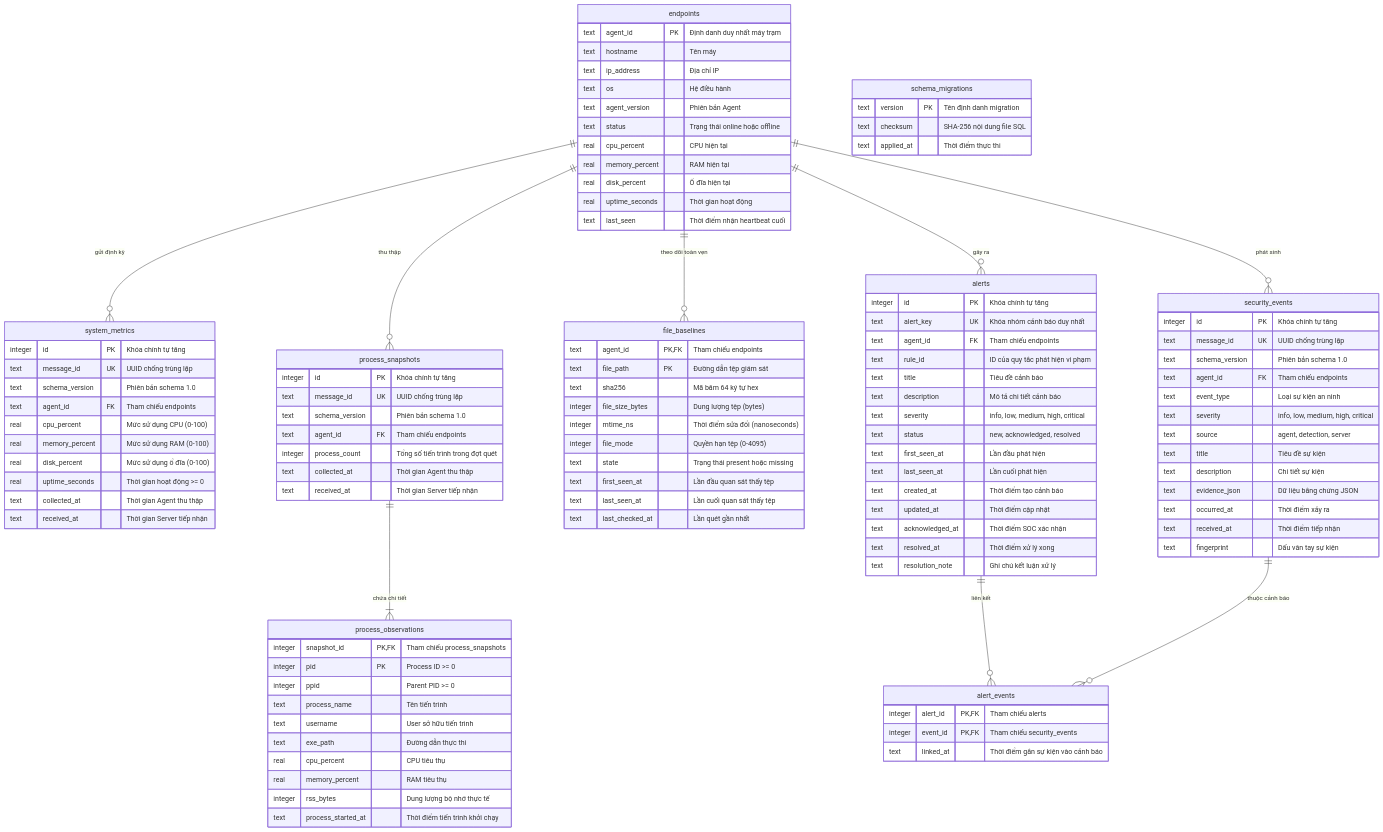
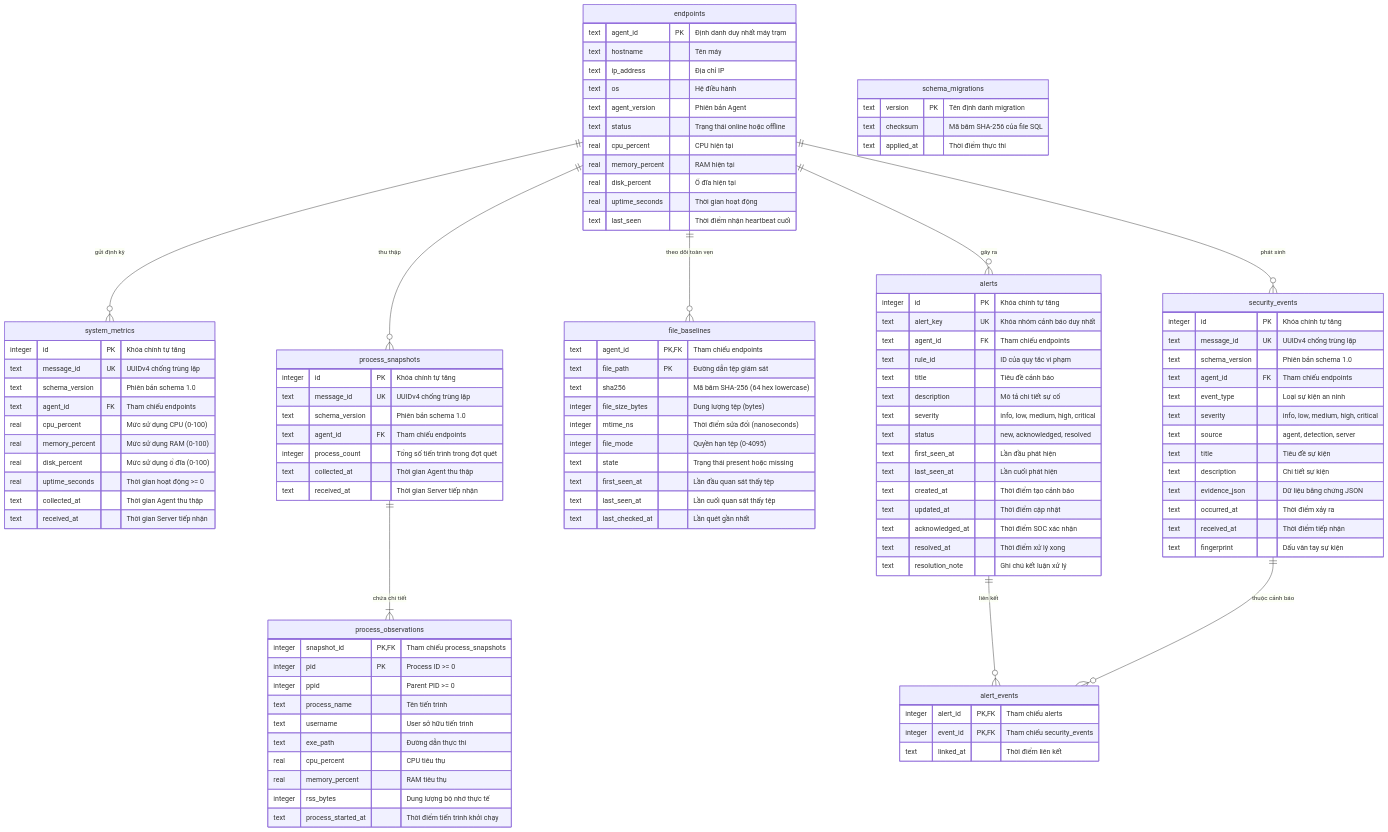
The first of 4 diagrams in docs/ARCHITECTURE.md (r00tK1ngX/mini-edr-linux), drawn with Mermaid before and after one commit. The commit also changed other lines of this file and 5 other files, not shown here.

Commit message:
docs(phase-9): finalize comprehensive architecture, data contracts, test plan, and product documentation

````diff
--- a/docs/ARCHITECTURE.md
+++ b/docs/ARCHITECTURE.md
@@ -84,7 +239,7 @@
 
     system_metrics {
         integer id PK "Khóa chính tự tăng"
-        text message_id UK "UUID chống trùng lặp"
+        text message_id UK "UUIDv4 chống trùng lặp"
         text schema_version "Phiên bản schema 1.0"
         text agent_id FK "Tham chiếu endpoints"
         real cpu_percent "Mức sử dụng CPU (0-100)"
@@ -97,7 +252,7 @@
 
     process_snapshots {
         integer id PK "Khóa chính tự tăng"
-        text message_id UK "UUID chống trùng lặp"
+        text message_id UK "UUIDv4 chống trùng lặp"
         text schema_version "Phiên bản schema 1.0"
         text agent_id FK "Tham chiếu endpoints"
         integer process_count "Tổng số tiến trình trong đợt quét"
@@ -121,7 +276,7 @@
     file_baselines {
         text agent_id PK,FK "Tham chiếu endpoints"
         text file_path PK "Đường dẫn tệp giám sát"
-        text sha256 "Mã băm 64 ký tự hex"
+        text sha256 "Mã băm SHA-256 (64 hex lowercase)"
         integer file_size_bytes "Dung lượng tệp (bytes)"
         integer mtime_ns "Thời điểm sửa đổi (nanoseconds)"
         integer file_mode "Quyền hạn tệp (0-4095)"
@@ -133,7 +288,7 @@
 
     security_events {
         integer id PK "Khóa chính tự tăng"
-        text message_id UK "UUID chống trùng lặp"
+        text message_id UK "UUIDv4 chống trùng lặp"
         text schema_version "Phiên bản schema 1.0"
         text agent_id FK "Tham chiếu endpoints"
         text event_type "Loại sự kiện an ninh"
@@ -151,9 +306,9 @@
         integer id PK "Khóa chính tự tăng"
         text alert_key UK "Khóa nhóm cảnh báo duy nhất"
         text agent_id FK "Tham chiếu endpoints"
-        text rule_id "ID của quy tắc phát hiện vi phạm"
+        text rule_id "ID của quy tắc vi phạm"
         text title "Tiêu đề cảnh báo"
-        text description "Mô tả chi tiết cảnh báo"
+        text description "Mô tả chi tiết sự cố"
         text severity "info, low, medium, high, critical"
         text status "new, acknowledged, resolved"
         text first_seen_at "Lần đầu phát hiện"
@@ -168,12 +323,12 @@
     alert_events {
         integer alert_id PK,FK "Tham chiếu alerts"
         integer event_id PK,FK "Tham chiếu security_events"
-        text linked_at "Thời điểm gắn sự kiện vào cảnh báo"
+        text linked_at "Thời điểm liên kết"
     }
 
     schema_migrations {
         text version PK "Tên định danh migration"
-        text checksum "SHA-256 nội dung file SQL"
+        text checksum "Mã băm SHA-256 của file SQL"
         text applied_at "Thời điểm thực thi"
     }
 ```
````
